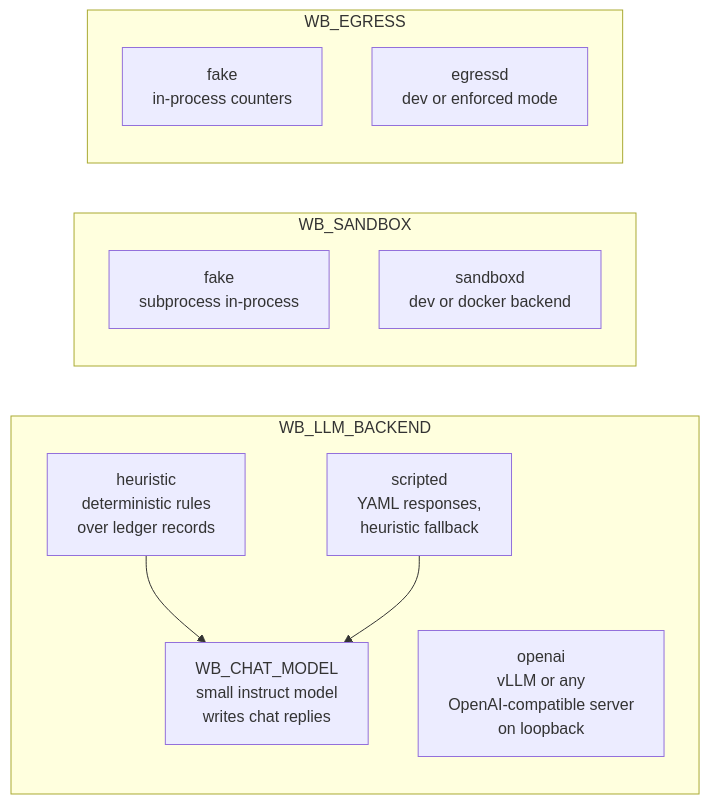
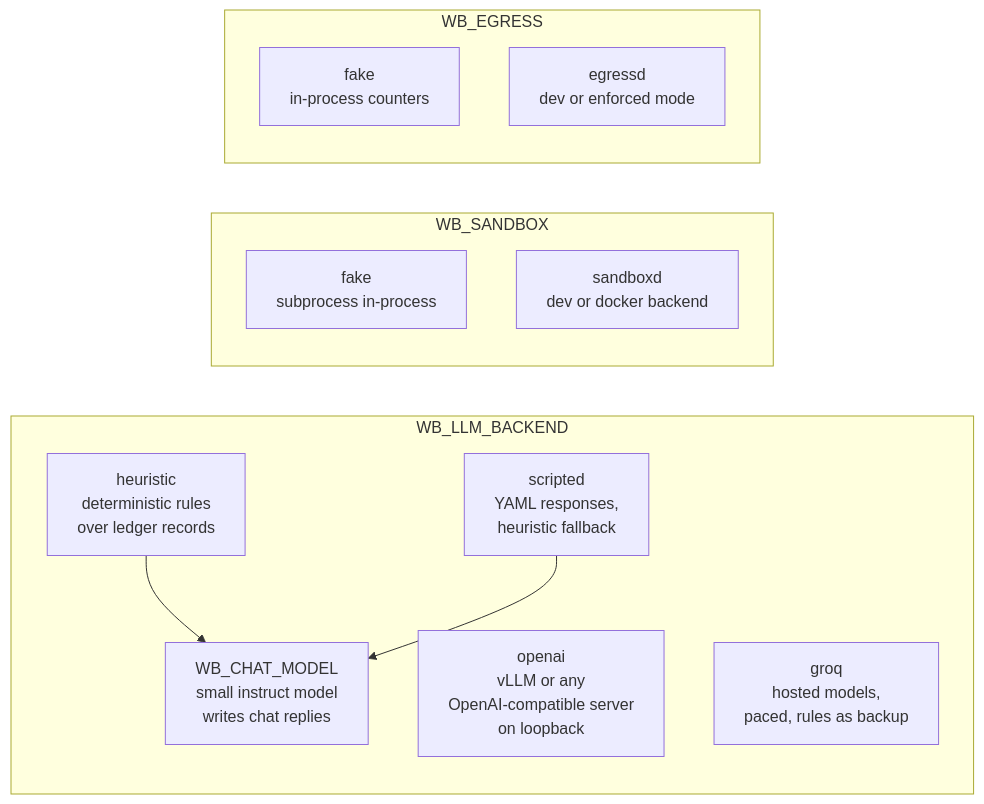
The first of 2 diagrams in docs/DEVELOPMENT.md (Rishi0507/Sovereign-AI-Workbench), drawn with Mermaid before and after one commit. The commit also changed other lines of this file and 6 other files, not shown here.

````diff
--- a/docs/DEVELOPMENT.md
+++ b/docs/DEVELOPMENT.md
@@ -59,19 +59,20 @@
 ```mermaid
 flowchart LR
     subgraph LLM["WB_LLM_BACKEND"]
         H[heuristic<br/>deterministic rules<br/>over ledger records]
         S[scripted<br/>YAML responses,<br/>heuristic fallback]
         O[openai<br/>vLLM or any<br/>OpenAI-compatible server<br/>on loopback]
         C[WB_CHAT_MODEL<br/>small instruct model<br/>writes chat replies]
+        G[groq<br/>hosted models,<br/>paced, rules as backup]
     end
     H --> C
     S --> C
     subgraph SBX["WB_SANDBOX"]
         FS[fake<br/>subprocess in-process]
         GS[sandboxd<br/>dev or docker backend]
     end
     subgraph EGR["WB_EGRESS"]
         FE[fake<br/>in-process counters]
         GE[egressd<br/>dev or enforced mode]
     end
 ```
````
